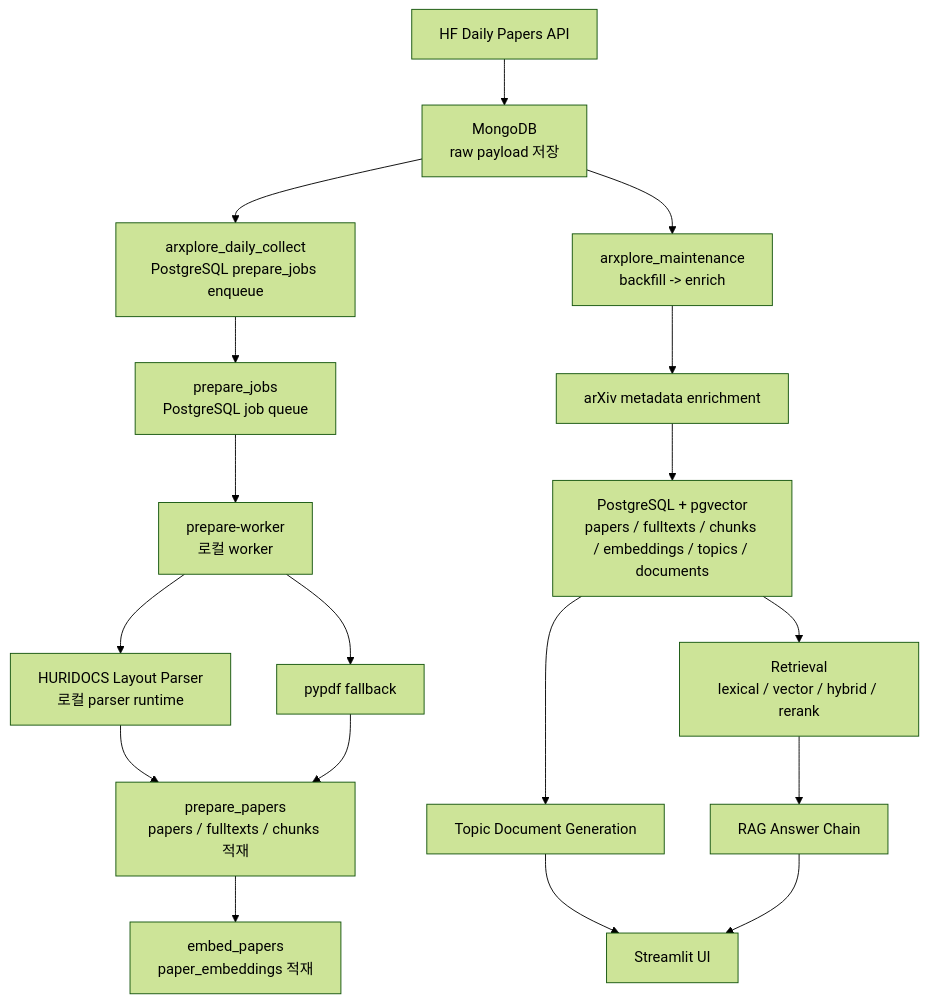
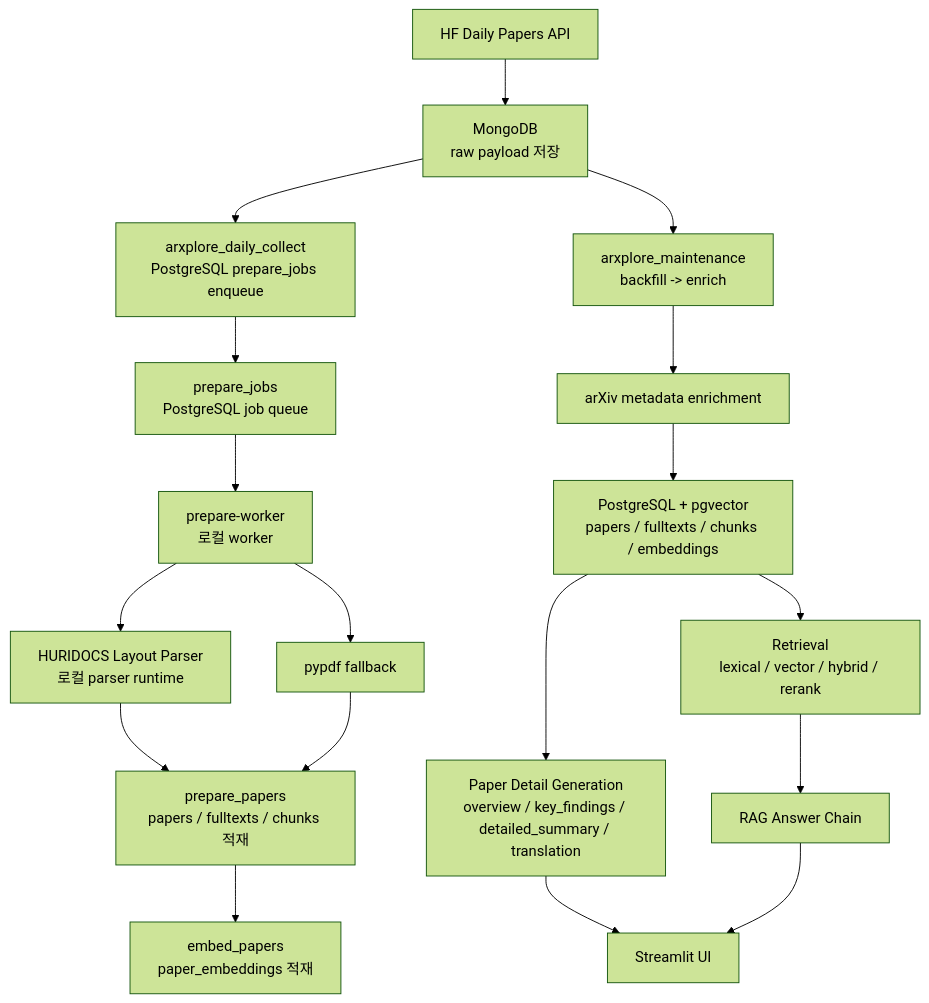
Before and after one commit to SKNETWORKS-FAMILY-AICAMP/SKN25-3rd-2Team: the first of 2 diagrams in docs/ARCHITECTURE.md, drawn with Mermaid (forest theme). The commit also changed other lines of this file and 27 other files, not shown here.

First line of the commit message:
Remove topic layer and restructure to paper-first architecture

````diff
--- a/docs/ARCHITECTURE.md
+++ b/docs/ARCHITECTURE.md
@@ -13,20 +13,20 @@
 ```mermaid
 flowchart TD
     A[HF Daily Papers API] --> B[MongoDB<br/>raw payload 저장]
     B --> C[arxplore_daily_collect<br/>PostgreSQL prepare_jobs enqueue]
     C --> D[prepare_jobs<br/>PostgreSQL job queue]
     D --> E[prepare-worker<br/>로컬 worker]
     E --> F[HURIDOCS Layout Parser<br/>로컬 parser runtime]
     E --> G[pypdf fallback]
     F --> H[prepare_papers<br/>papers / fulltexts / chunks 적재]
     G --> H
     H --> I[embed_papers<br/>paper_embeddings 적재]
     B --> J[arxplore_maintenance<br/>backfill -> enrich]
     J --> K[arXiv metadata enrichment]
-    K --> L[PostgreSQL + pgvector<br/>papers / fulltexts / chunks / embeddings / topics / documents]
+    K --> L[PostgreSQL + pgvector<br/>papers / fulltexts / chunks / embeddings]
     L --> M[Retrieval<br/>lexical / vector / hybrid / rerank]
-    L --> N[Topic Document Generation]
+    L --> N[Paper Detail Generation<br/>overview / key_findings / detailed_summary / translation]
     M --> O[RAG Answer Chain]
     N --> P[Streamlit UI]
     O --> P
 ```
````
